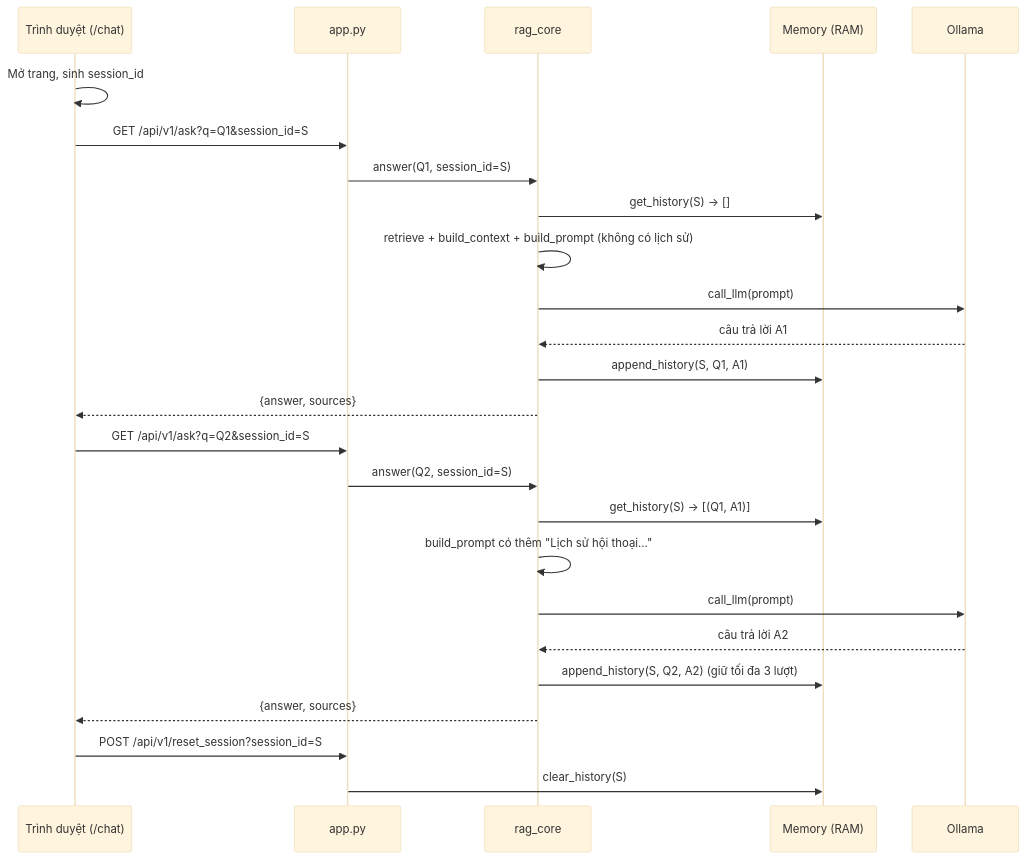
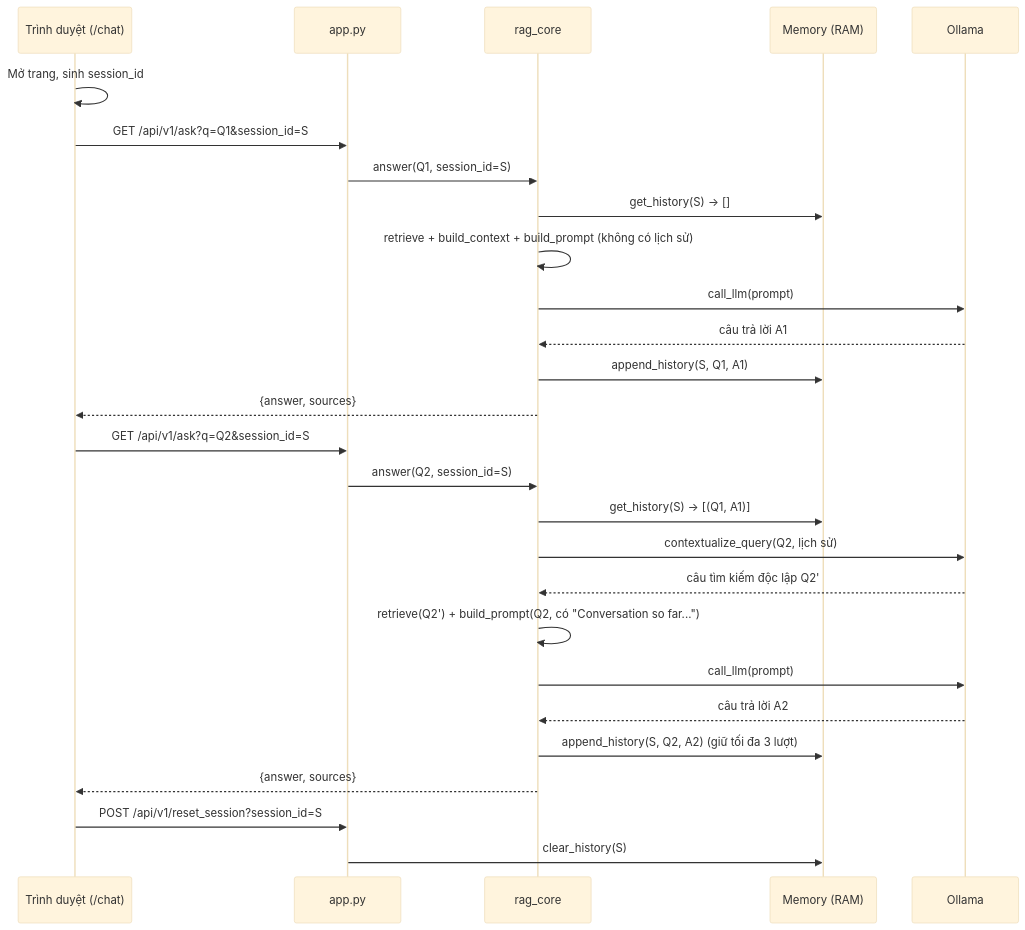
The second of 6 diagrams in docs/BAO_CAO_A3_IS6303.md (ThanhTrung2001/RAG_Project), drawn with Mermaid (base theme) before and after one commit. The commit also changed other lines of this file and 27 other files, not shown here.

````diff
--- a/docs/BAO_CAO_A3_IS6303.md
+++ b/docs/BAO_CAO_A3_IS6303.md
@@ -386,30 +409,32 @@
 ```mermaid
 sequenceDiagram
     participant B as Trình duyệt (/chat)
     participant A as app.py
     participant R as rag_core
     participant M as Memory (RAM)
     participant L as Ollama
 
     B->>B: Mở trang, sinh session_id
     B->>A: GET /api/v1/ask?q=Q1&session_id=S
     A->>R: answer(Q1, session_id=S)
     R->>M: get_history(S) -> []
     R->>R: retrieve + build_context + build_prompt (không có lịch sử)
     R->>L: call_llm(prompt)
     L-->>R: câu trả lời A1
     R->>M: append_history(S, Q1, A1)
     R-->>B: {answer, sources}
 
     B->>A: GET /api/v1/ask?q=Q2&session_id=S
     A->>R: answer(Q2, session_id=S)
     R->>M: get_history(S) -> [(Q1, A1)]
-    R->>R: build_prompt có thêm "Lịch sử hội thoại..."
+    R->>L: contextualize_query(Q2, lịch sử)
+    L-->>R: câu tìm kiếm độc lập Q2'
+    R->>R: retrieve(Q2') + build_prompt(Q2, có "Conversation so far...")
     R->>L: call_llm(prompt)
     L-->>R: câu trả lời A2
     R->>M: append_history(S, Q2, A2)  (giữ tối đa 3 lượt)
     R-->>B: {answer, sources}
 
     B->>A: POST /api/v1/reset_session?session_id=S
     A->>M: clear_history(S)
 ```
````
